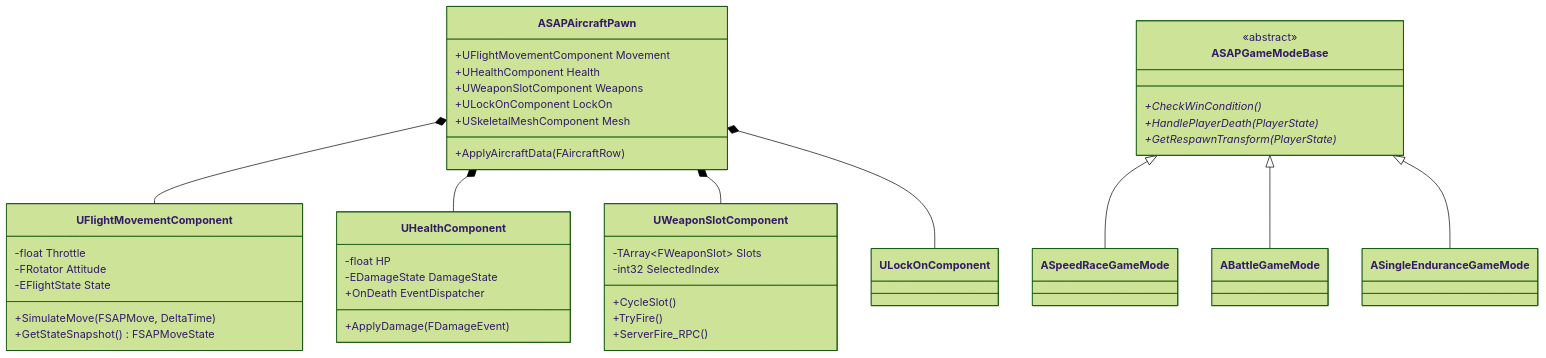
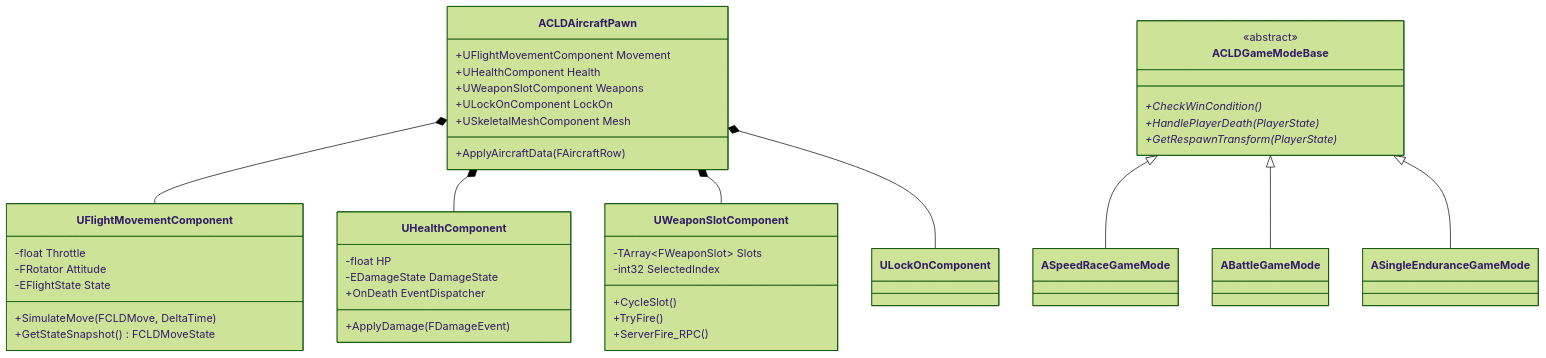
The second of 4 diagrams in docs/16_architecture.md (minkyu0617/ST_AIR_POG), drawn with Mermaid (forest theme) before and after one commit. The commit also changed other lines of this file and 3 other files, not shown here.

````diff
--- a/docs/16_architecture.md
+++ b/docs/16_architecture.md
@@ -106,48 +114,48 @@
 ```mermaid
 classDiagram
-    class ASAPAircraftPawn {
+    class ACLDAircraftPawn {
         +UFlightMovementComponent Movement
         +UHealthComponent Health
         +UWeaponSlotComponent Weapons
         +ULockOnComponent LockOn
         +USkeletalMeshComponent Mesh
         +ApplyAircraftData(FAircraftRow)
     }
     class UFlightMovementComponent {
         -float Throttle
         -FRotator Attitude
         -EFlightState State
-        +SimulateMove(FSAPMove, DeltaTime)
-        +GetStateSnapshot() FSAPMoveState
+        +SimulateMove(FCLDMove, DeltaTime)
+        +GetStateSnapshot() FCLDMoveState
     }
     class UWeaponSlotComponent {
         -TArray~FWeaponSlot~ Slots
         -int32 SelectedIndex
         +CycleSlot()
         +TryFire()
         +ServerFire_RPC()
     }
     class UHealthComponent {
         -float HP
         -EDamageState DamageState
         +ApplyDamage(FDamageEvent)
         +OnDeath EventDispatcher
     }
-    class ASAPGameModeBase {
+    class ACLDGameModeBase {
         <<abstract>>
         +CheckWinCondition()*
         +HandlePlayerDeath(PlayerState)*
         +GetRespawnTransform(PlayerState)*
     }
     class ASpeedRaceGameMode
     class ABattleGameMode
     class ASingleEnduranceGameMode
 
-    ASAPAircraftPawn *-- UFlightMovementComponent
-    ASAPAircraftPawn *-- UHealthComponent
-    ASAPAircraftPawn *-- UWeaponSlotComponent
-    ASAPAircraftPawn *-- ULockOnComponent
-    ASAPGameModeBase <|-- ASpeedRaceGameMode
-    ASAPGameModeBase <|-- ABattleGameMode
-    ASAPGameModeBase <|-- ASingleEnduranceGameMode
+    ACLDAircraftPawn *-- UFlightMovementComponent
+    ACLDAircraftPawn *-- UHealthComponent
+    ACLDAircraftPawn *-- UWeaponSlotComponent
+    ACLDAircraftPawn *-- ULockOnComponent
+    ACLDGameModeBase <|-- ASpeedRaceGameMode
+    ACLDGameModeBase <|-- ABattleGameMode
+    ACLDGameModeBase <|-- ASingleEnduranceGameMode
 ```
````
